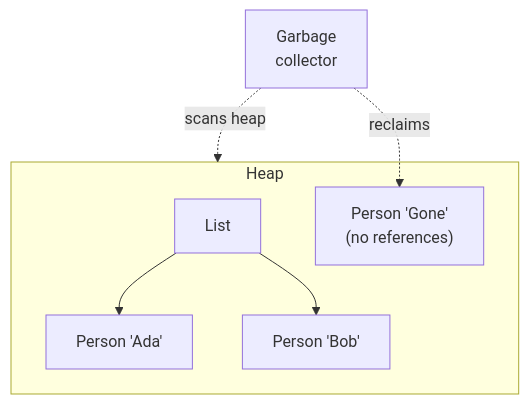
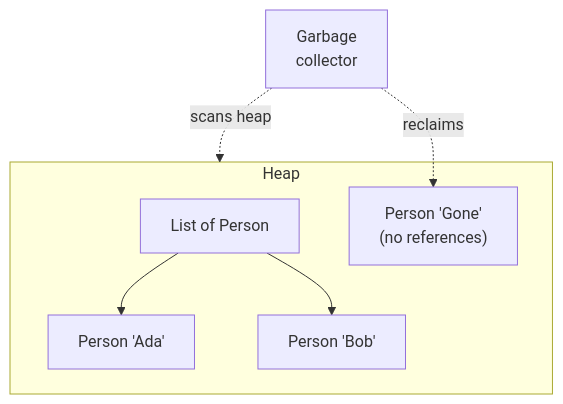
One commit to dataslope/dataslope changed the sixth of 7 diagrams in content/learn/intro-modern-csharp/how-programs-execute.mdx. Above: the diagram before and after it, drawn with Mermaid. The commit also changed other lines of this file, not shown here.

First line of the commit message:
Fix Mermaid diagram syntax errors on how-programs-execute page

````diff
--- a/content/learn/intro-modern-csharp/how-programs-execute.mdx
+++ b/content/learn/intro-modern-csharp/how-programs-execute.mdx
@@ -198,13 +198,13 @@
 ```mermaid
 flowchart TB
     subgraph Heap
-        L["List<Person>"]
+        L["List of Person"]
         P1["Person 'Ada'"]
         P2["Person 'Bob'"]
         Orphan["Person 'Gone'<br/>(no references)"]
     end
     L --> P1
     L --> P2
-    GC["Garbage<br/>collector"] -.scans heap.-> Heap
-    GC -.reclaims.-> Orphan
+    GC["Garbage<br/>collector"] -. scans heap .-> Heap
+    GC -. reclaims .-> Orphan
 ```
````
